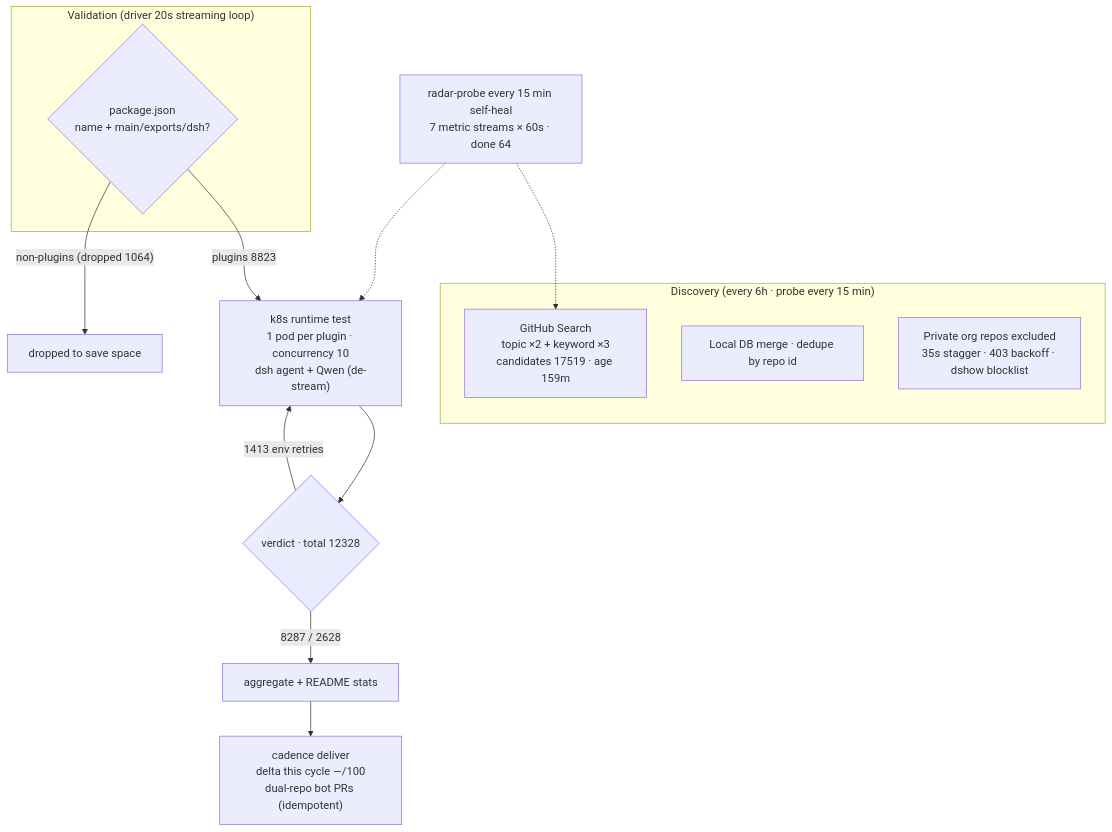
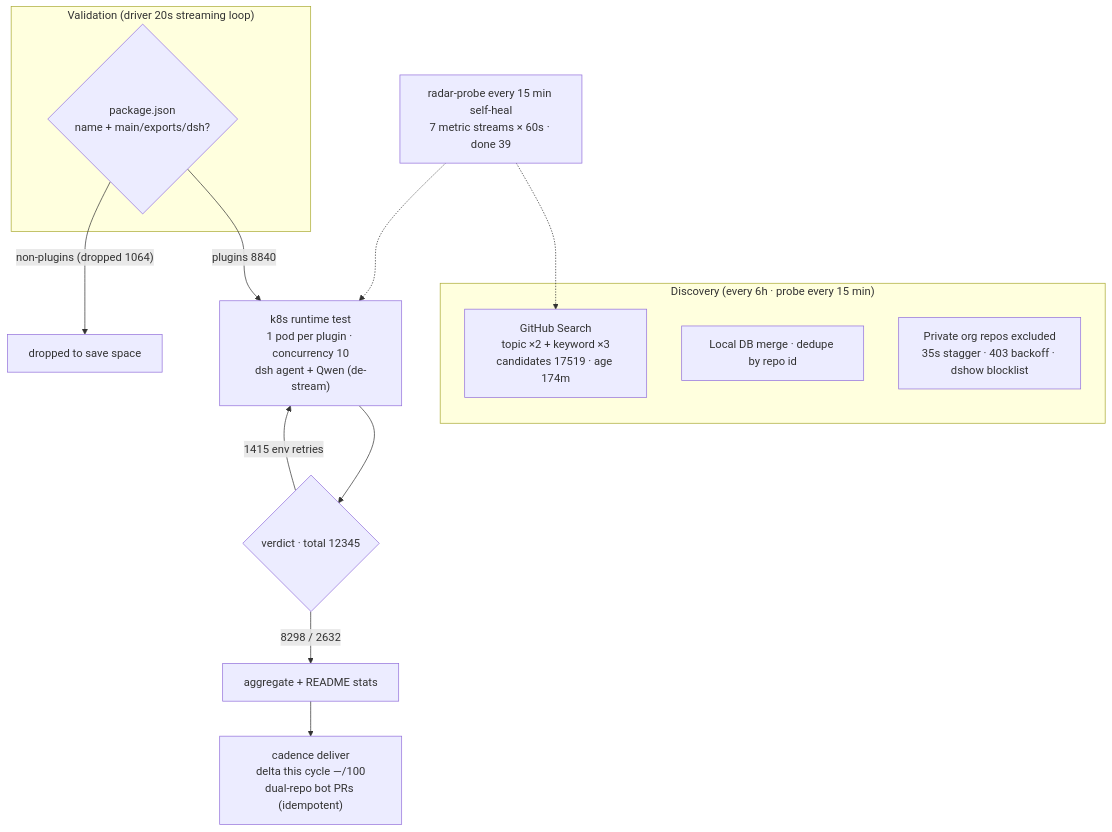
The diagram in README.en-US.md (AdamPlatin123/awesome-dsh-plugins), drawn with Mermaid before and after one commit. The commit also changed other lines of this file and 5 other files, not shown here.

````diff
--- a/README.en-US.md
+++ b/README.en-US.md
@@ -45,20 +45,20 @@
 ```mermaid
 flowchart TB
     subgraph Discovery["Discovery (every 6h · probe every 15 min)"]
-        A1["GitHub Search<br/>topic ×2 + keyword ×3<br/>candidates 17519 · age 159m"]
+        A1["GitHub Search<br/>topic ×2 + keyword ×3<br/>candidates 17519 · age 174m"]
         A2["Local DB merge · dedupe by repo id"]
         A3["Private org repos excluded<br/>35s stagger · 403 backoff · dshow blocklist"]
     end
     subgraph Validation["Validation (driver 20s streaming loop)"]
         B1{"package.json<br/>name + main/exports/dsh?"}
     end
-    B1 -->|"plugins 8823"| C1["k8s runtime test<br/>1 pod per plugin · concurrency 10<br/>dsh agent + Qwen (de-stream)"]
+    B1 -->|"plugins 8840"| C1["k8s runtime test<br/>1 pod per plugin · concurrency 10<br/>dsh agent + Qwen (de-stream)"]
     B1 -->|"non-plugins (dropped 1064)"| B3["dropped to save space"]
-    C1 --> D1{"verdict · total 12328"}
-    D1 -->|"8287 / 2628"| E1["aggregate + README stats"]
-    D1 -->|"1413 env retries"| C1
+    C1 --> D1{"verdict · total 12345"}
+    D1 -->|"8298 / 2632"| E1["aggregate + README stats"]
+    D1 -->|"1415 env retries"| C1
     E1 --> E2["cadence deliver<br/>delta this cycle —/100<br/>dual-repo bot PRs (idempotent)"]
-    M["radar-probe every 15 min self-heal<br/>7 metric streams × 60s · done 64"]
+    M["radar-probe every 15 min self-heal<br/>7 metric streams × 60s · done 39"]
     M -.-> A1
     M -.-> C1
 ```
````
